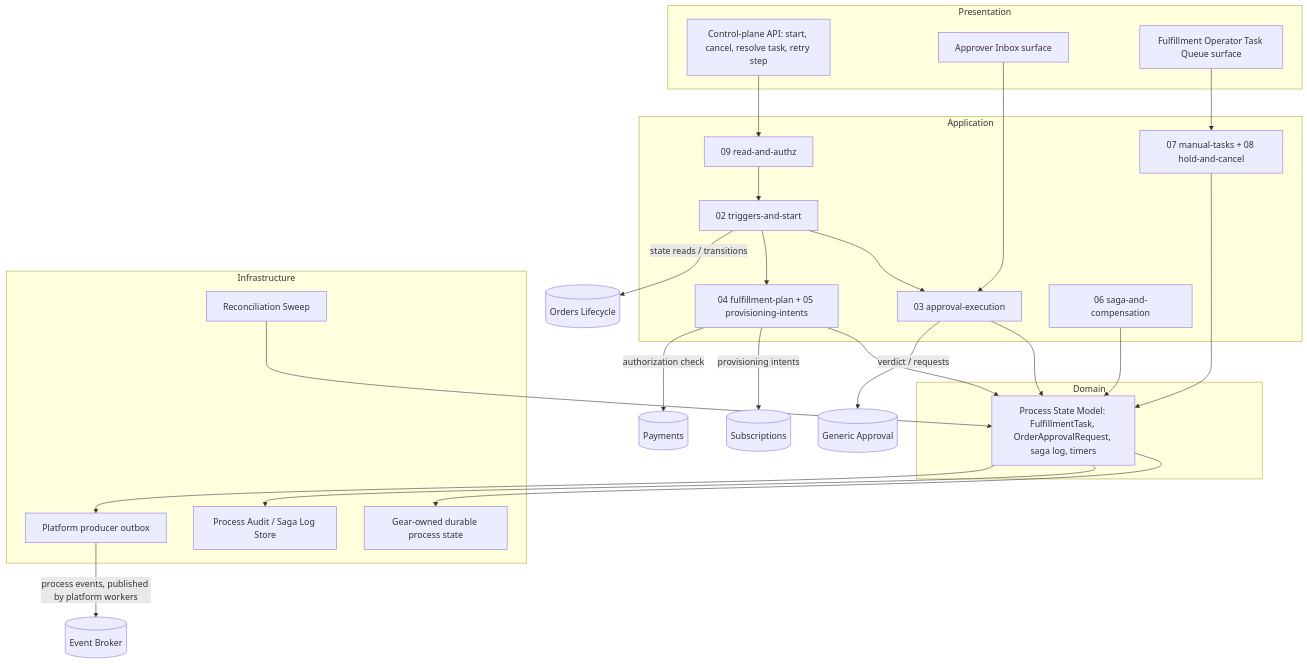
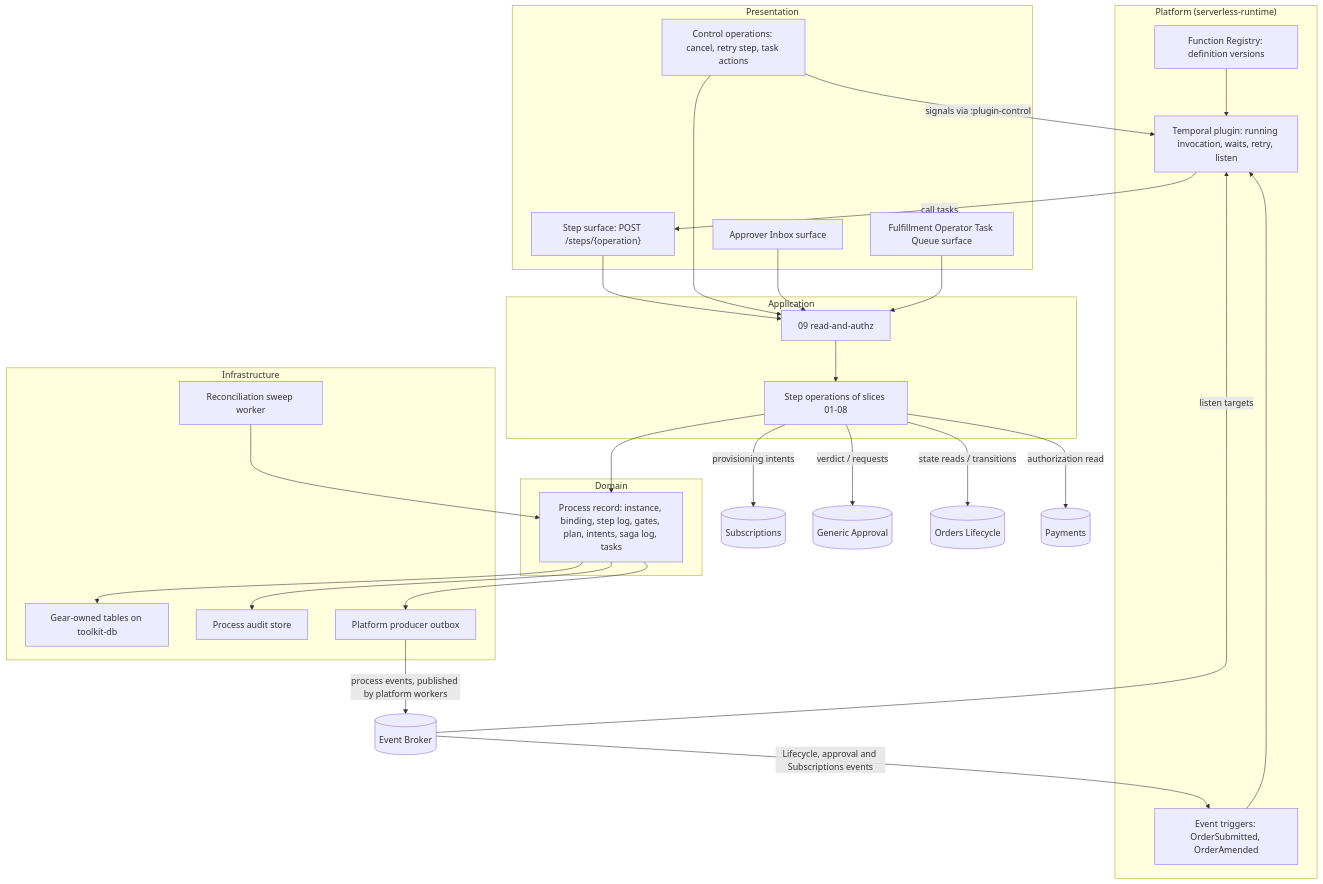
The first of 7 diagrams in gears/bss/orders-workflow/docs/DESIGN.md (constructorfabric/gears-rust), drawn with Mermaid before and after one commit. The commit also changed other lines of this file and 3 other files, not shown here.

Commit message:
docs(bss/orders-workflow): index, registers and README follow the platform-definition decision (Q-01 answered, D-65…, serverless-runtime asks)

````diff
--- a/gears/bss/orders-workflow/docs/DESIGN.md
+++ b/gears/bss/orders-workflow/docs/DESIGN.md
@@ -118,46 +121,50 @@
 ```mermaid
 flowchart TB
+    subgraph Platform["Platform (serverless-runtime)"]
+        Registry[Function Registry: definition versions]
+        Triggers[Event triggers: OrderSubmitted, OrderAmended]
+        Plugin[Temporal plugin: running invocation, waits, retry, listen]
+    end
     subgraph Presentation
-        API[Control-plane API: start, cancel, resolve task, retry step]
+        Steps["Step surface: POST /steps/{operation}"]
+        Control[Control operations: cancel, retry step, task actions]
         Inbox[Approver Inbox surface]
         Queue[Fulfillment Operator Task Queue surface]
     end
     subgraph Application
-        Trigger[02 triggers-and-start]
-        Approval[03 approval-execution]
-        Fulfillment[04 fulfillment-plan + 05 provisioning-intents]
-        Saga[06 saga-and-compensation]
-        ManualTask[07 manual-tasks + 08 hold-and-cancel]
+        Ops[Step operations of slices 01-08]
         ReadAuthz[09 read-and-authz]
     end
     subgraph Domain
-        ProcessState[Process State Model: FulfillmentTask, OrderApprovalRequest, saga log, timers]
+        Record[Process record: instance, binding, step log, gates, plan, intents, saga log, tasks]
     end
     subgraph Infrastructure
-        Durable[Gear-owned durable process state]
-        AuditStore[Process Audit / Saga Log Store]
+        DB[Gear-owned tables on toolkit-db]
+        AuditStore[Process audit store]
         Outbox[Platform producer outbox]
-        Sweep[Reconciliation Sweep]
+        Sweep[Reconciliation sweep worker]
     end
 
-    API --> ReadAuthz
-    ReadAuthz --> Trigger
-    Inbox --> Approval
-    Queue --> ManualTask
-    Trigger --> Approval
-    Trigger --> Fulfillment
-    Approval --> ProcessState
-    Fulfillment --> ProcessState
-    Saga --> ProcessState
-    ManualTask --> ProcessState
-    ProcessState --> Durable
-    ProcessState --> AuditStore
-    ProcessState --> Outbox
-    Sweep --> ProcessState
+    Registry --> Plugin
+    Triggers --> Plugin
+    Plugin -->|call tasks| Steps
+    Control -->|signals via :plugin-control| Plugin
+    Steps --> ReadAuthz
+    Control --> ReadAuthz
+    Inbox --> ReadAuthz
+    Queue --> ReadAuthz
+    ReadAuthz --> Ops
+    Ops --> Record
+    Record --> DB
+    Record --> AuditStore
+    Record --> Outbox
+    Sweep --> Record
 
-    Fulfillment -->|provisioning intents| Subscriptions[(Subscriptions)]
-    Approval -->|verdict / requests| GenericApproval[(Generic Approval)]
-    Trigger -->|state reads / transitions| Lifecycle[(Orders Lifecycle)]
-    Fulfillment -->|authorization check| Payments[(Payments)]
+    Ops -->|provisioning intents| Subscriptions[(Subscriptions)]
+    Ops -->|verdict / requests| GenericApproval[(Generic Approval)]
+    Ops -->|state reads / transitions| Lifecycle[(Orders Lifecycle)]
+    Ops -->|authorization read| Payments[(Payments)]
     Outbox -->|process events, published by platform workers| EventsAudit[(Event Broker)]
+    EventsAudit -->|Lifecycle, approval and Subscriptions events| Triggers
+    EventsAudit -->|listen targets| Plugin
 ```
````
